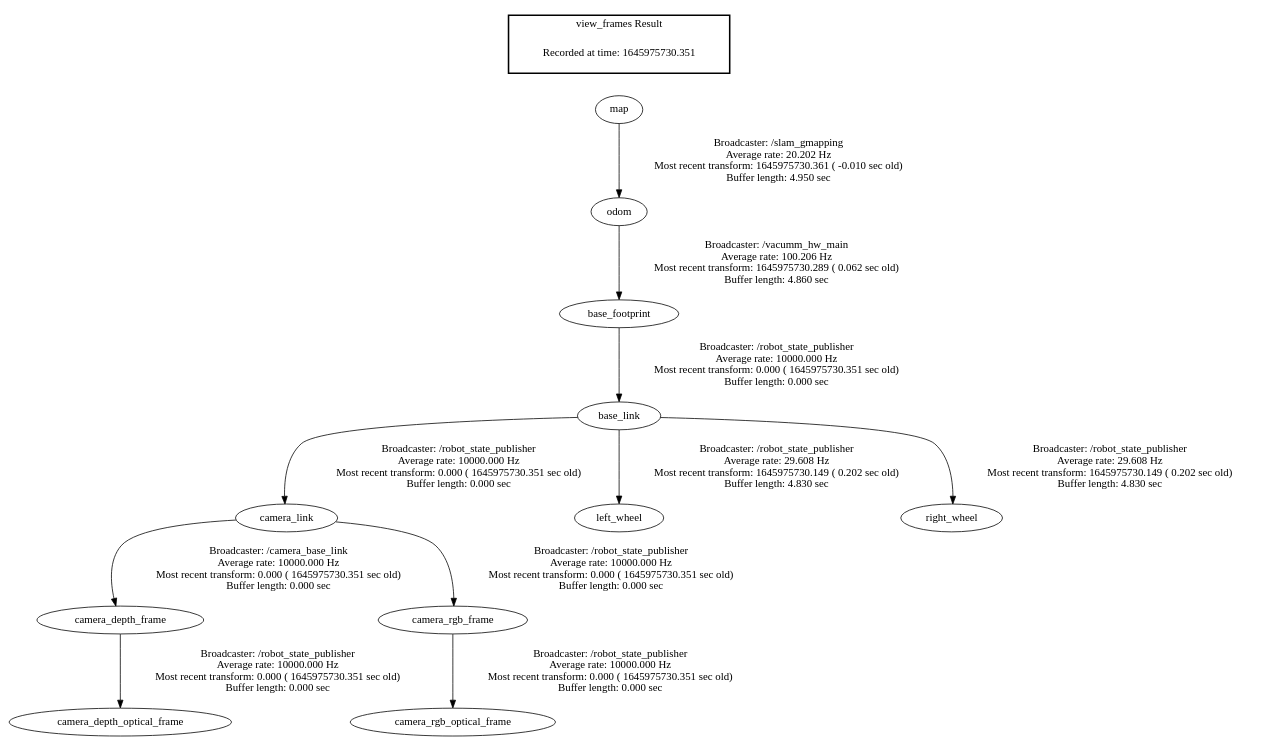
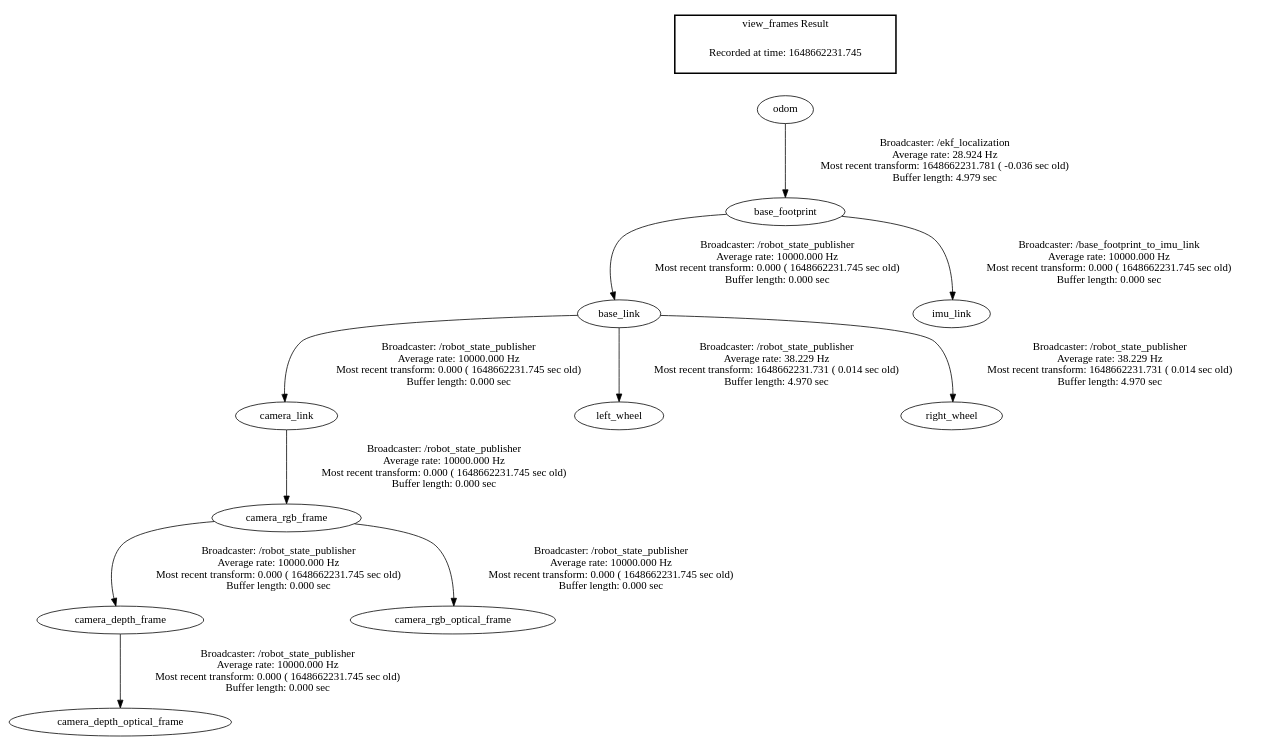
One commit to mavencheong/vacumm_ws changed the diagram in frames.gv. Above: the diagram before and after it, drawn with Graphviz. The commit also changed 9 other files, not shown here.

```diff
--- a/frames.gv
+++ b/frames.gv
@@ -1,16 +1,16 @@
 digraph G {
-"map" -> "odom"[label="Broadcaster: /slam_gmapping\nAverage rate: 20.202 Hz\nMost recent transform: 1645975730.361 ( -0.010 sec old)\nBuffer length: 4.950 sec\n"];
-"camera_depth_frame" -> "camera_depth_optical_frame"[label="Broadcaster: /robot_state_publisher\nAverage rate: 10000.000 Hz\nMost recent transform: 0.000 ( 1645975730.351 sec old)\nBuffer length: 0.000 sec\n"];
-"camera_link" -> "camera_depth_frame"[label="Broadcaster: /camera_base_link\nAverage rate: 10000.000 Hz\nMost recent transform: 0.000 ( 1645975730.351 sec old)\nBuffer length: 0.000 sec\n"];
-"camera_link" -> "camera_rgb_frame"[label="Broadcaster: /robot_state_publisher\nAverage rate: 10000.000 Hz\nMost recent transform: 0.000 ( 1645975730.351 sec old)\nBuffer length: 0.000 sec\n"];
-"base_link" -> "camera_link"[label="Broadcaster: /robot_state_publisher\nAverage rate: 10000.000 Hz\nMost recent transform: 0.000 ( 1645975730.351 sec old)\nBuffer length: 0.000 sec\n"];
-"base_link" -> "left_wheel"[label="Broadcaster: /robot_state_publisher\nAverage rate: 29.608 Hz\nMost recent transform: 1645975730.149 ( 0.202 sec old)\nBuffer length: 4.830 sec\n"];
-"base_footprint" -> "base_link"[label="Broadcaster: /robot_state_publisher\nAverage rate: 10000.000 Hz\nMost recent transform: 0.000 ( 1645975730.351 sec old)\nBuffer length: 0.000 sec\n"];
-"base_link" -> "right_wheel"[label="Broadcaster: /robot_state_publisher\nAverage rate: 29.608 Hz\nMost recent transform: 1645975730.149 ( 0.202 sec old)\nBuffer length: 4.830 sec\n"];
-"camera_rgb_frame" -> "camera_rgb_optical_frame"[label="Broadcaster: /robot_state_publisher\nAverage rate: 10000.000 Hz\nMost recent transform: 0.000 ( 1645975730.351 sec old)\nBuffer length: 0.000 sec\n"];
-"odom" -> "base_footprint"[label="Broadcaster: /vacumm_hw_main\nAverage rate: 100.206 Hz\nMost recent transform: 1645975730.289 ( 0.062 sec old)\nBuffer length: 4.860 sec\n"];
+"base_footprint" -> "base_link"[label="Broadcaster: /robot_state_publisher\nAverage rate: 10000.000 Hz\nMost recent transform: 0.000 ( 1648662231.745 sec old)\nBuffer length: 0.000 sec\n"];
+"odom" -> "base_footprint"[label="Broadcaster: /ekf_localization\nAverage rate: 28.924 Hz\nMost recent transform: 1648662231.781 ( -0.036 sec old)\nBuffer length: 4.979 sec\n"];
+"camera_rgb_frame" -> "camera_depth_frame"[label="Broadcaster: /robot_state_publisher\nAverage rate: 10000.000 Hz\nMost recent transform: 0.000 ( 1648662231.745 sec old)\nBuffer length: 0.000 sec\n"];
+"camera_link" -> "camera_rgb_frame"[label="Broadcaster: /robot_state_publisher\nAverage rate: 10000.000 Hz\nMost recent transform: 0.000 ( 1648662231.745 sec old)\nBuffer length: 0.000 sec\n"];
+"camera_depth_frame" -> "camera_depth_optical_frame"[label="Broadcaster: /robot_state_publisher\nAverage rate: 10000.000 Hz\nMost recent transform: 0.000 ( 1648662231.745 sec old)\nBuffer length: 0.000 sec\n"];
+"base_link" -> "camera_link"[label="Broadcaster: /robot_state_publisher\nAverage rate: 10000.000 Hz\nMost recent transform: 0.000 ( 1648662231.745 sec old)\nBuffer length: 0.000 sec\n"];
+"camera_rgb_frame" -> "camera_rgb_optical_frame"[label="Broadcaster: /robot_state_publisher\nAverage rate: 10000.000 Hz\nMost recent transform: 0.000 ( 1648662231.745 sec old)\nBuffer length: 0.000 sec\n"];
+"base_footprint" -> "imu_link"[label="Broadcaster: /base_footprint_to_imu_link\nAverage rate: 10000.000 Hz\nMost recent transform: 0.000 ( 1648662231.745 sec old)\nBuffer length: 0.000 sec\n"];
+"base_link" -> "left_wheel"[label="Broadcaster: /robot_state_publisher\nAverage rate: 38.229 Hz\nMost recent transform: 1648662231.731 ( 0.014 sec old)\nBuffer length: 4.970 sec\n"];
+"base_link" -> "right_wheel"[label="Broadcaster: /robot_state_publisher\nAverage rate: 38.229 Hz\nMost recent transform: 1648662231.731 ( 0.014 sec old)\nBuffer length: 4.970 sec\n"];
 edge [style=invis];
  subgraph cluster_legend { style=bold; color=black; label ="view_frames Result";
-"Recorded at time: 1645975730.351"[ shape=plaintext ] ;
- }->"map";
+"Recorded at time: 1648662231.745"[ shape=plaintext ] ;
+ }->"odom";
 }
```
